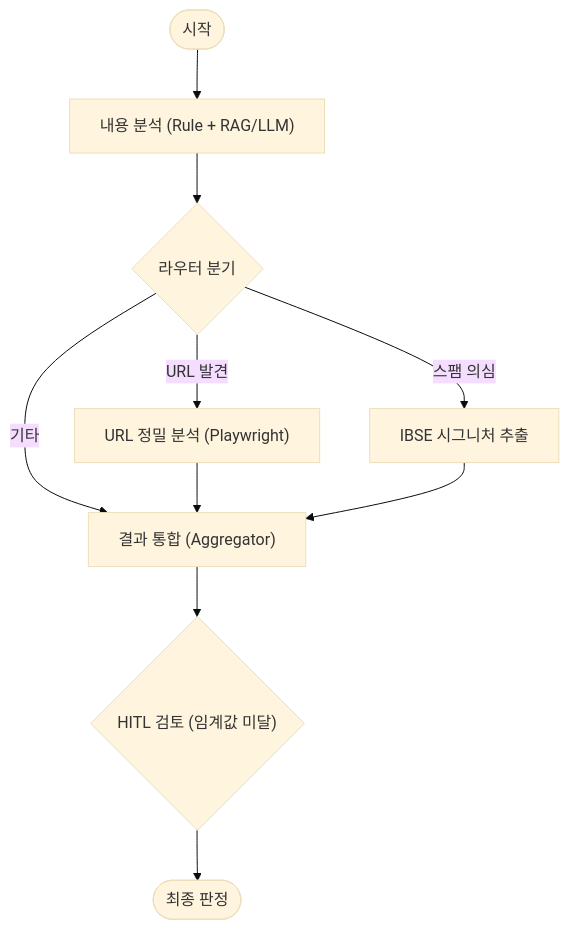
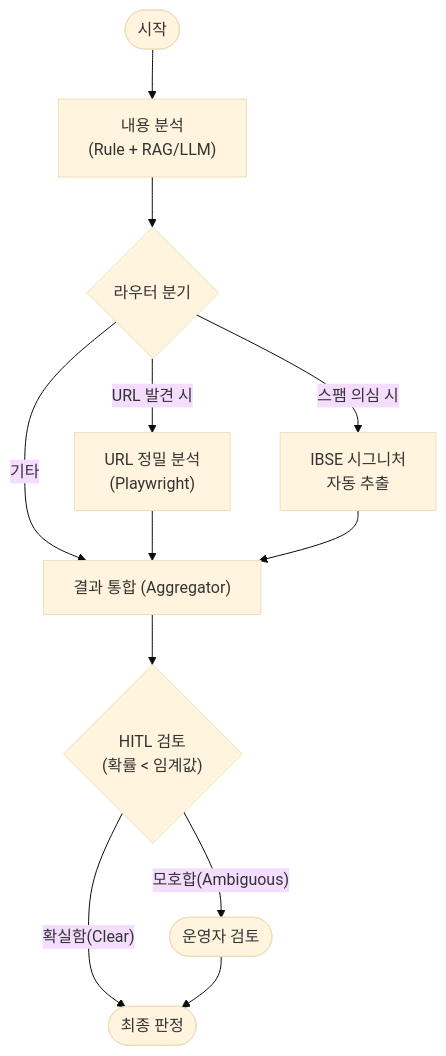
The first of 2 diagrams in docs/README.md (jay365-code/spam-detector), drawn with Mermaid (base theme) before and after one commit. The commit also changed other lines of this file, not shown here.

Commit message:
docs: Restore detailed README content & Integrate new features

````diff
--- a/docs/README.md
+++ b/docs/README.md
@@ -40,17 +39,20 @@
 ```mermaid
 graph TD
-    Start([시작]) --> Content["내용 분석 (Rule + RAG/LLM)"]
+    Start([시작]) --> Content["내용 분석<br/>(Rule + RAG/LLM)"]
     Content --> Router{라우터 분기}
     
-    %% 병렬 처리
-    Router -- "URL 발견" --> URL["URL 정밀 분석 (Playwright)"]
-    Router -- "스팸 의심" --> IBSE["IBSE 시그니처 추출"]
+    %% 병렬 처리 분기
+    Router -- "URL 발견 시" --> URL["URL 정밀 분석<br/>(Playwright)"]
+    Router -- "스팸 의심 시" --> IBSE["IBSE 시그니처<br/>자동 추출"]
     Router -- "기타" --> Aggregator
     
     %% 결과 통합
     URL --> Aggregator["결과 통합 (Aggregator)"]
     IBSE --> Aggregator
     
-    Aggregator --> HITL{"HITL 검토 (임계값 미달)"}
-    HITL --> End([최종 판정])
+    Aggregator --> HITL{"HITL 검토<br/>(확률 < 임계값)"}
+    
+    HITL -- "모호합(Ambiguous)" --> User([운영자 검토])
+    HITL -- "확실함(Clear)" --> End([최종 판정])
+    User --> End
 ```
````
